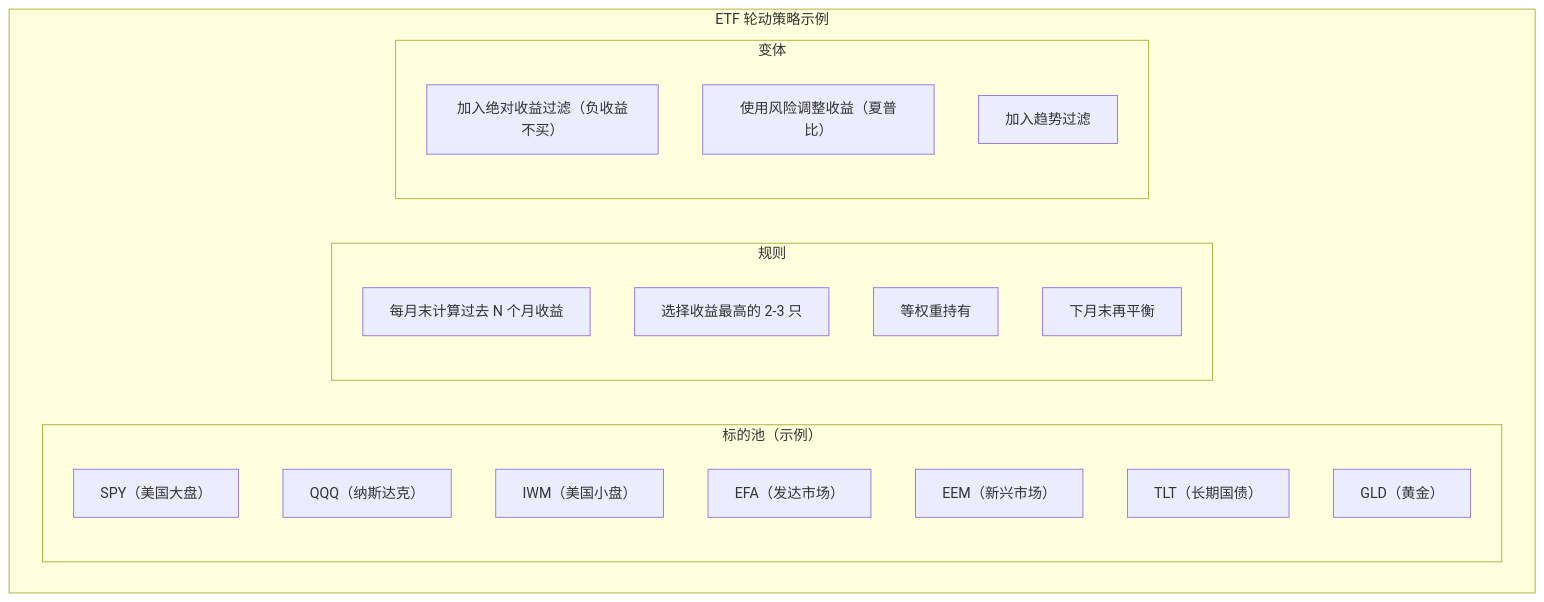
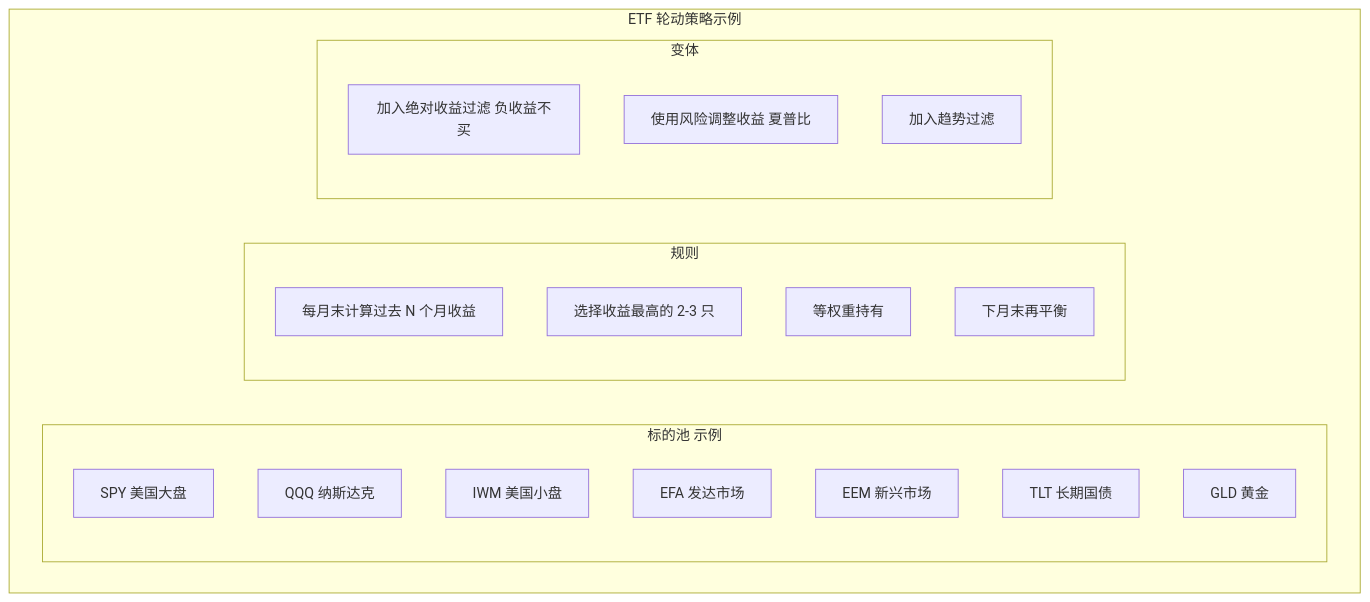
The sixth of 17 diagrams in content/articles/quant/quant-05-个人量化常用策略详解.md (jpixy/jpixy.github.io), drawn with Mermaid before and after one commit. The commit also changed other lines of this file and 66 other files, not shown here.

Commit message:
fix: resolve Mermaid syntax errors by removing parentheses in node labels

````diff
--- a/content/articles/quant/quant-05-个人量化常用策略详解.md
+++ b/content/articles/quant/quant-05-个人量化常用策略详解.md
@@ -198,25 +198,25 @@
 ```mermaid
 graph TB
     subgraph ETF轮动["ETF 轮动策略示例"]
-        subgraph 标的池["标的池（示例）"]
-            E1["SPY（美国大盘）"]
-            E2["QQQ（纳斯达克）"]
-            E3["IWM（美国小盘）"]
-            E4["EFA（发达市场）"]
-            E5["EEM（新兴市场）"]
-            E6["TLT（长期国债）"]
-            E7["GLD（黄金）"]
+        subgraph 标的池["标的池 示例"]
+            E1["SPY 美国大盘"]
+            E2["QQQ 纳斯达克"]
+            E3["IWM 美国小盘"]
+            E4["EFA 发达市场"]
+            E5["EEM 新兴市场"]
+            E6["TLT 长期国债"]
+            E7["GLD 黄金"]
         end
         subgraph 规则
             R1["每月末计算过去 N 个月收益"]
             R2["选择收益最高的 2-3 只"]
             R3["等权重持有"]
             R4["下月末再平衡"]
         end
         subgraph 变体
-            V1["加入绝对收益过滤（负收益不买）"]
-            V2["使用风险调整收益（夏普比）"]
+            V1["加入绝对收益过滤 负收益不买"]
+            V2["使用风险调整收益 夏普比"]
             V3["加入趋势过滤"]
         end
     end
 ```
````
